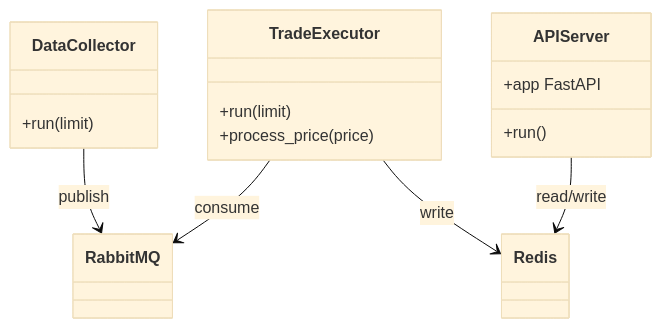
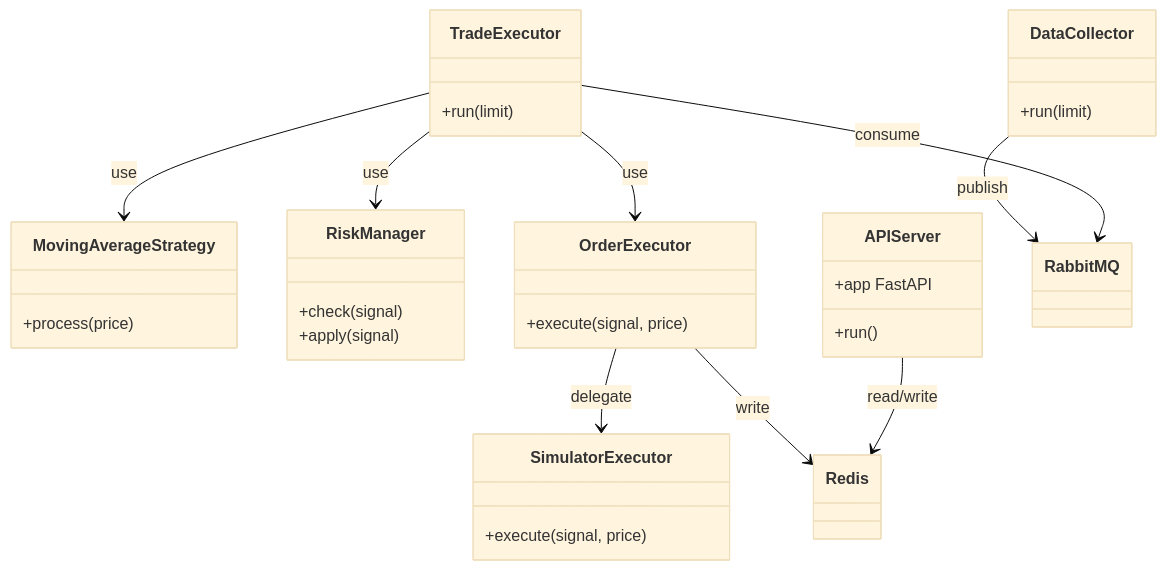
Before and after one commit to tjqjaqhd/sigma-x: the diagram in docs/1_architecture/class_diagram.mmd, drawn with Mermaid (base theme). The commit also changed other lines of this file and 8 other files, not shown here.

````diff
--- a/docs/1_architecture/class_diagram.mmd
+++ b/docs/1_architecture/class_diagram.mmd
@@ -1,23 +1,39 @@
 ```mermaid
 classDiagram
     class DataCollector {
         +run(limit)
     }
     class TradeExecutor {
         +run(limit)
-        +process_price(price)
+    }
+    class MovingAverageStrategy {
+        +process(price)
+    }
+    class RiskManager {
+        +check(signal)
+        +apply(signal)
+    }
+    class OrderExecutor {
+        +execute(signal, price)
+    }
+    class SimulatorExecutor {
+        +execute(signal, price)
     }
     class APIServer {
         +app FastAPI
         +run()
     }
     class Redis {
     }
     class RabbitMQ {
     }
 
     DataCollector --> RabbitMQ : publish
     TradeExecutor --> RabbitMQ : consume
-    TradeExecutor --> Redis : write
+    TradeExecutor --> MovingAverageStrategy : use
+    TradeExecutor --> RiskManager : use
+    TradeExecutor --> OrderExecutor : use
+    OrderExecutor --> SimulatorExecutor : delegate
+    OrderExecutor --> Redis : write
     APIServer --> Redis : read/write
 ```
````
